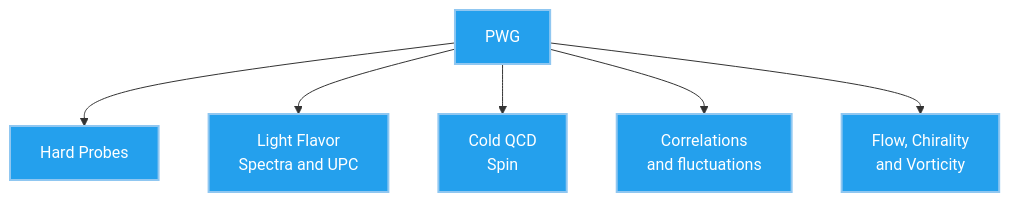
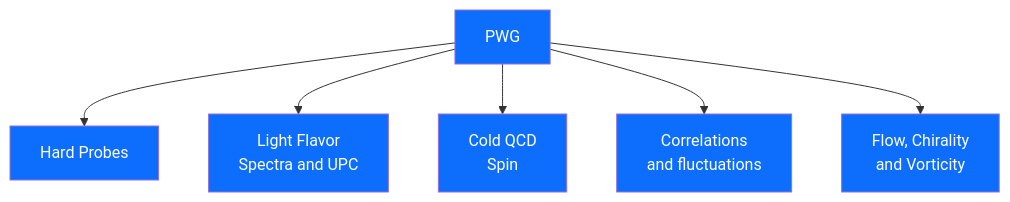
The first of 2 diagrams in README.md (star-juniors/star-juniors.github.io), drawn with Mermaid before and after one commit. The commit also changed 1 other file, not shown here.

Commit message:
changed colors

````diff
--- a/README.md
+++ b/README.md
@@ -32,28 +32,25 @@
 ```mermaid
 graph TD
     PWG[PWG] --> HP[Hard Probes ]
     PWG --> LFSUPC[Light Flavor
 Spectra and UPC]
     PWG --> Spin[Cold QCD
 Spin]
     PWG --> Correlations[Correlations 
     and fluctuations]
     PWG --> FCV[Flow, Chirality
      and Vorticity]
 
     click HP "https://drupal.star.bnl.gov/STAR/pwg/Hard-Probes/Weekly-HP-PWG-meeting" "Hard Probes weekly"
     click LFSUPC "https://drupal.star.bnl.gov/STAR/pwg/light-flavor-spectra/lfs-upc-weekly-meeting" "LFSUPC weekly"
     click Spin "https://drupal.star.bnl.gov/STAR/pwg/spin/weekly-pwg-meetings" "Cold-QCD Webpage"
     click FCV "https://drupal.star.bnl.gov/STAR/blog/jjiastar/bulkcorr" "Flow Chirality and Vorticity Webpage"
     click Correlations "https://drupal.star.bnl.gov/STAR/blog/luoxf/correlations-and-fluctuations" "Correlations and Fluctuations Webpage"
 
-style PWG fill:#24a0ed,stroke:#90c7f1,stroke-width:2px,color:#ffffff;
-style HP fill:#24a0ed,stroke:#90c7f1,stroke-width:2px,color:#ffffff;
-style LFSUPC fill:#24a0ed,stroke:#90c7f1,stroke-width:2px,color:#ffffff;
-style Spin fill:#24a0ed,stroke:#90c7f1,stroke-width:2px,color:#ffffff;
-style FCV fill:#24a0ed,stroke:#90c7f1,stroke-width:2px,color:#ffffff;
-style Correlations fill:#24a0ed,stroke:#90c7f1,stroke-width:2px,color:#ffffff;
-
-
-
+style PWG fill:#0d6efd,color:#ffffff;
+style HP fill:#0d6efd,color:#ffffff;
+style LFSUPC fill:#0d6efd,color:#ffffff;
+style Spin fill:#0d6efd,color:#ffffff;
+style FCV fill:#0d6efd,color:#ffffff;
+style Correlations fill:#0d6efd,color:#ffffff;
 ```
````
